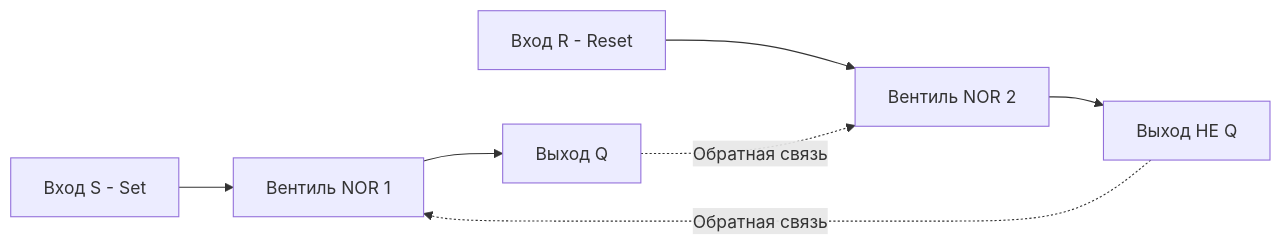
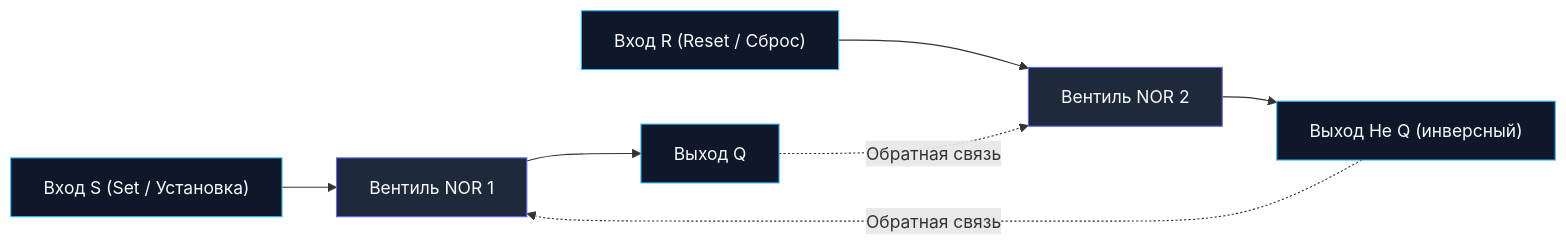
The second of 5 diagrams in sources/1. Архитектура компьютера/4. Последовательностная логика. Учим кремний помнить.md (UnrealTemplier/go-textbook), drawn with Mermaid before and after one commit. The commit also changed other lines of this file, not shown here.

````diff
--- a/sources/1. Архитектура компьютера/4. Последовательностная логика. Учим кремний помнить.md
+++ b/sources/1. Архитектура компьютера/4. Последовательностная логика. Учим кремний помнить.md
@@ -20,11 +54,16 @@
 ```mermaid
 flowchart LR
-    S["Вход S - Set"] --> NOR1["Вентиль NOR 1"]
-    R["Вход R - Reset"] --> NOR2["Вентиль NOR 2"]
+    S["Вход S (Set / Установка)"] --> NOR1["Вентиль NOR 1"]
+    R["Вход R (Reset / Сброс)"] --> NOR2["Вентиль NOR 2"]
     
     NOR1 --> Q["Выход Q"]
-    NOR2 --> NQ["Выход НЕ Q"]
+    NOR2 --> NQ["Выход Не Q (инверсный)"]
     
     Q -.->|Обратная связь| NOR2
     NQ -.->|Обратная связь| NOR1
+
+    classDef gate fill:#1e293b,stroke:#6366f1,stroke-width:1px,color:#f8fafc;
+    classDef io fill:#0f172a,stroke:#38bdf8,stroke-width:1px,color:#f8fafc;
+    class NOR1,NOR2 gate;
+    class S,R,Q,NQ io;
 ```
````
